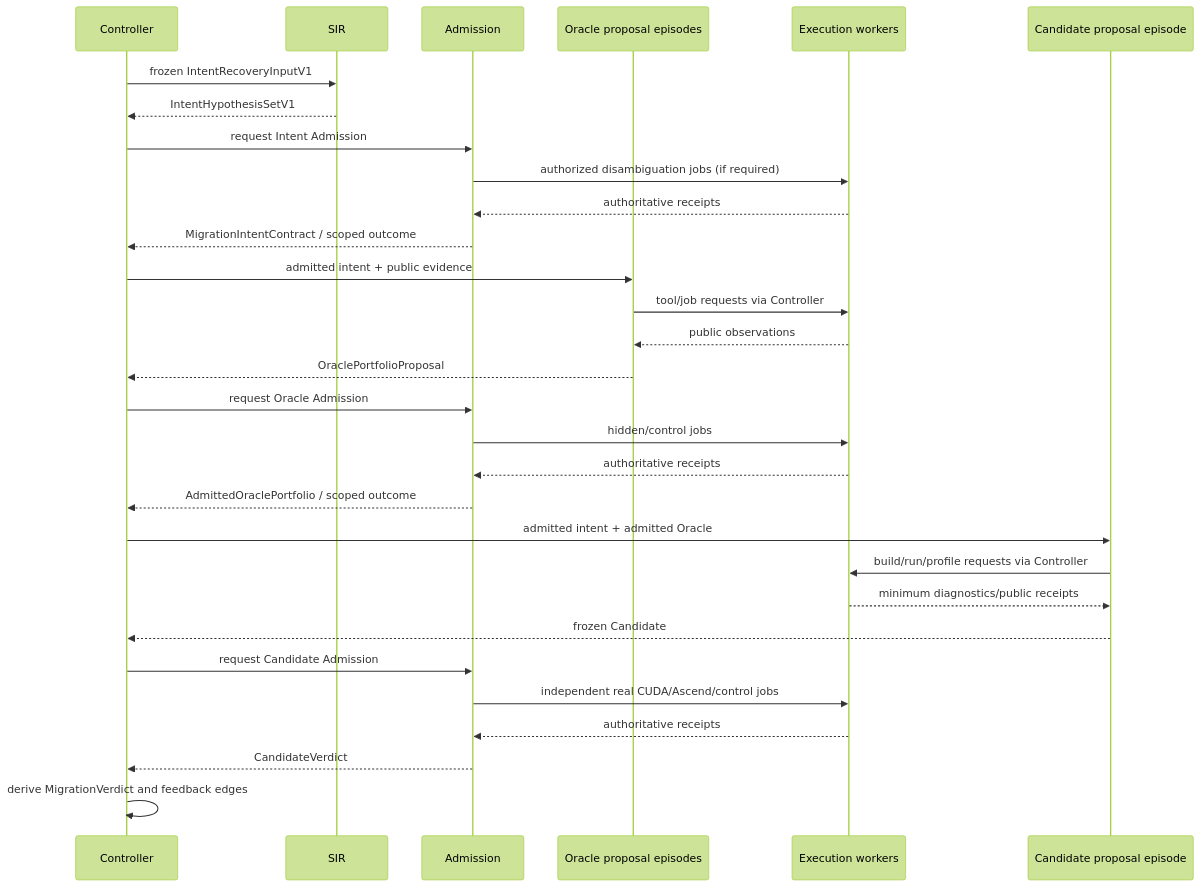
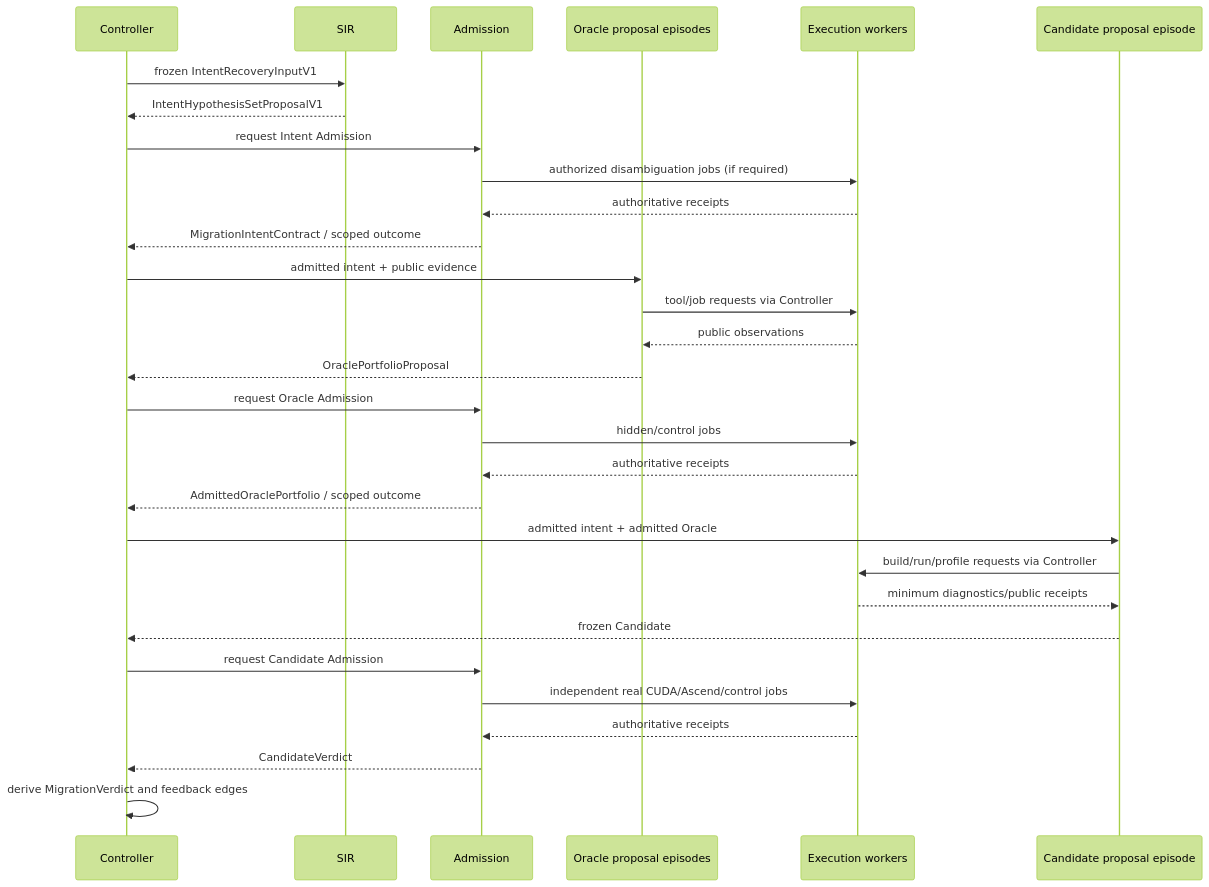
Before and after one commit to ascendresearch/cairn: the second of 2 diagrams in docs/design/LOGICAL_ARCHITECTURE.md, drawn with Mermaid (forest theme). The commit also changed 14 other files, not shown here.

````diff
--- a/docs/design/LOGICAL_ARCHITECTURE.md
+++ b/docs/design/LOGICAL_ARCHITECTURE.md
@@ -240,35 +240,35 @@
 ```mermaid
 sequenceDiagram
     participant C as Controller
     participant S as SIR
     participant A as Admission
     participant O as Oracle proposal episodes
     participant X as Execution workers
     participant P as Candidate proposal episode
 
     C->>S: frozen IntentRecoveryInputV1
-    S-->>C: IntentHypothesisSetV1
+    S-->>C: IntentHypothesisSetProposalV1
     C->>A: request Intent Admission
     A->>X: authorized disambiguation jobs (if required)
     X-->>A: authoritative receipts
     A-->>C: MigrationIntentContract / scoped outcome
 
     C->>O: admitted intent + public evidence
     O->>X: tool/job requests via Controller
     X-->>O: public observations
     O-->>C: OraclePortfolioProposal
     C->>A: request Oracle Admission
     A->>X: hidden/control jobs
     X-->>A: authoritative receipts
     A-->>C: AdmittedOraclePortfolio / scoped outcome
 
     C->>P: admitted intent + admitted Oracle
     P->>X: build/run/profile requests via Controller
     X-->>P: minimum diagnostics/public receipts
     P-->>C: frozen Candidate
     C->>A: request Candidate Admission
     A->>X: independent real CUDA/Ascend/control jobs
     X-->>A: authoritative receipts
     A-->>C: CandidateVerdict
     C->>C: derive MigrationVerdict and feedback edges
 ```
````
